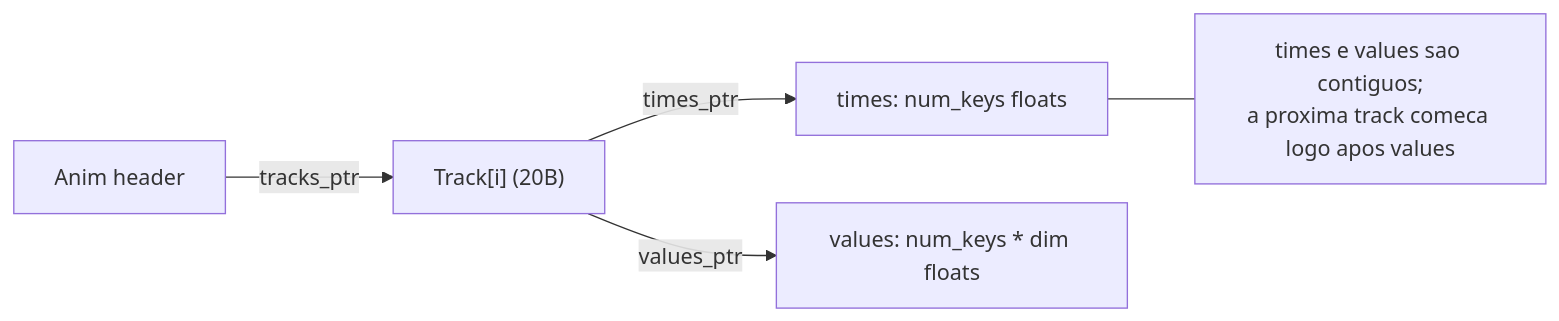
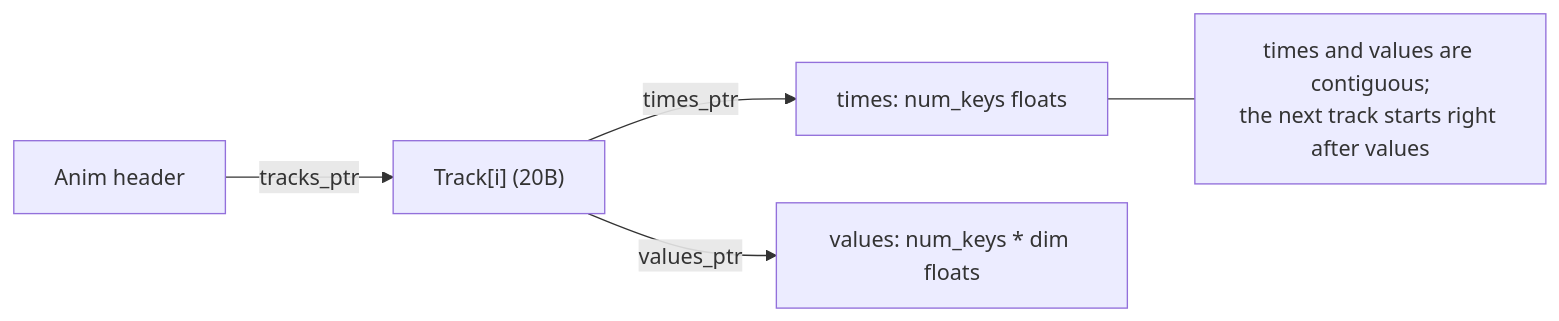
The second of 3 diagrams in docs/BMDL_ANIMATION.md (JeanxPereira/BMDL-Importer), drawn with Mermaid before and after one commit. The commit also changed other lines of this file and 5 other files, not shown here.

````diff
--- a/docs/BMDL_ANIMATION.md
+++ b/docs/BMDL_ANIMATION.md
@@ -102,7 +99,7 @@
 ```mermaid
 flowchart LR
     AH["Anim header"] -->|tracks_ptr| TR["Track[i] (20B)"]
     TR -->|times_ptr| TT["times: num_keys floats"]
     TR -->|values_ptr| TV["values: num_keys * dim floats"]
-    TT --- note["times e values sao contiguos;<br/>a proxima track comeca logo apos values"]
+    TT --- note["times and values are contiguous;<br/>the next track starts right after values"]
 ```
````
